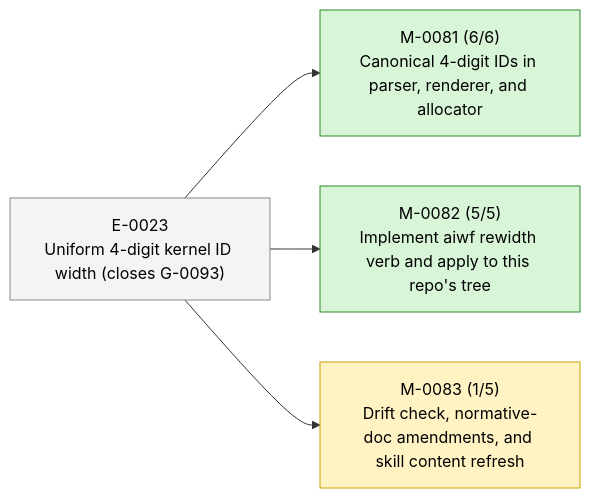
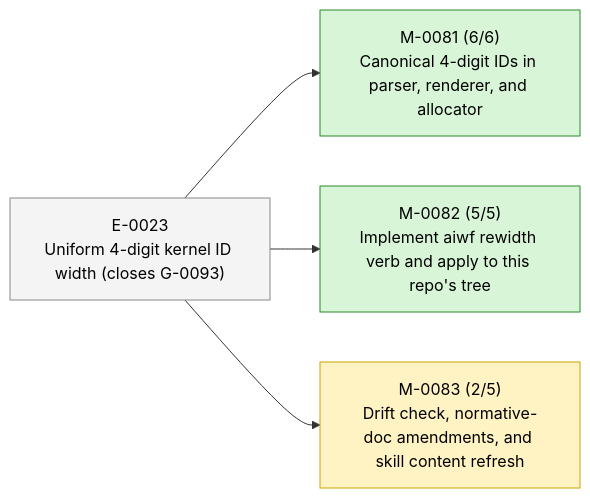
One commit to 23min/aiwf changed the second of 2 diagrams in STATUS.md. Above: the diagram before and after it, drawn with Mermaid. The commit also changed other lines of this file and 1 other file, not shown here.

````diff
--- a/STATUS.md
+++ b/STATUS.md
@@ -47,16 +47,16 @@
 ```mermaid
 flowchart LR
   E_0023["E-0023<br/>Uniform 4-digit kernel ID width (closes G-0093)"]:::epic_proposed
   M_0081["M-0081 (6/6)<br/>Canonical 4-digit IDs in parser, renderer, and allocator"]:::ms_done
   E_0023 --> M_0081
   M_0082["M-0082 (5/5)<br/>Implement aiwf rewidth verb and apply to this repo's tree"]:::ms_done
   E_0023 --> M_0082
-  M_0083["M-0083 (1/5)<br/>Drift check, normative-doc amendments, and skill content refresh"]:::ms_in_progress
+  M_0083["M-0083 (2/5)<br/>Drift check, normative-doc amendments, and skill content refresh"]:::ms_in_progress
   E_0023 --> M_0083
   classDef epic_active fill:#d6eaff,stroke:#1a73e8,color:#000
   classDef epic_proposed fill:#f4f4f4,stroke:#888,color:#000
   classDef ms_done fill:#d8f5d8,stroke:#2a8a2a,color:#000
   classDef ms_in_progress fill:#fff3c4,stroke:#caa400,color:#000
   classDef ms_draft fill:#f4f4f4,stroke:#888,color:#000
   classDef ms_cancelled fill:#fbeaea,stroke:#c33,color:#000
 ```
````
